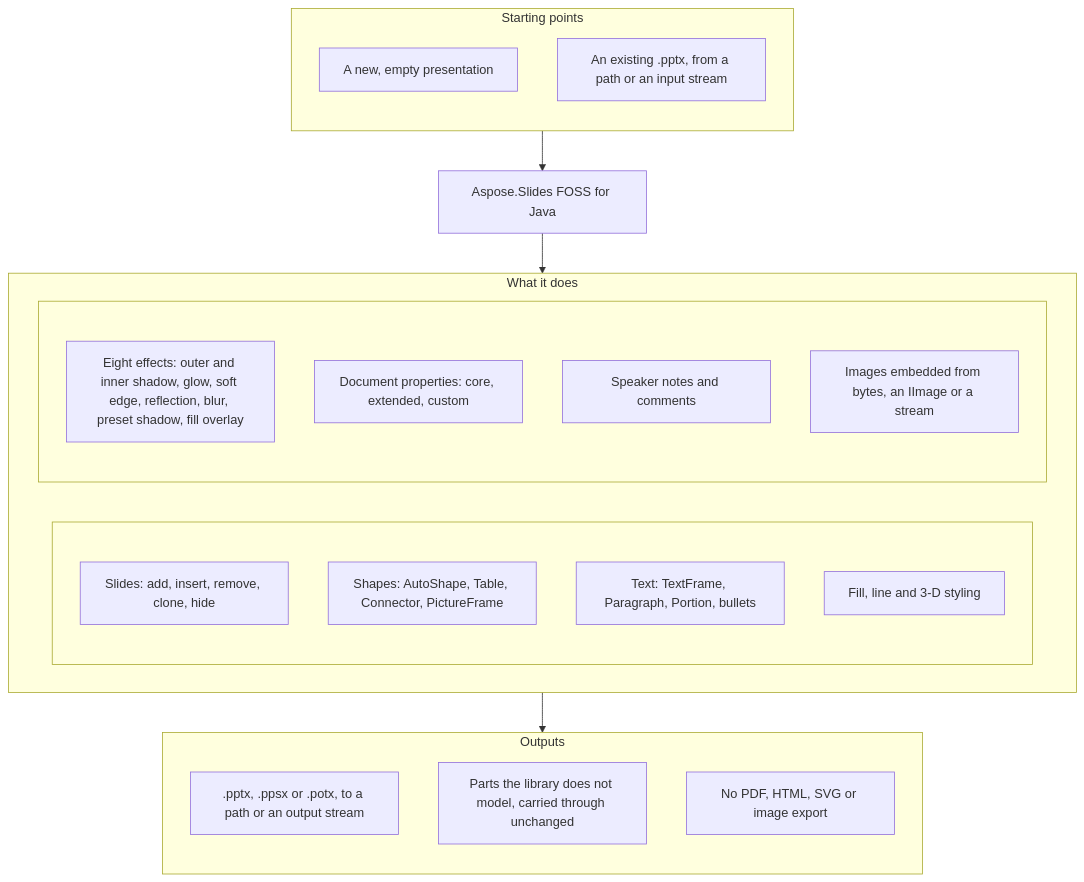
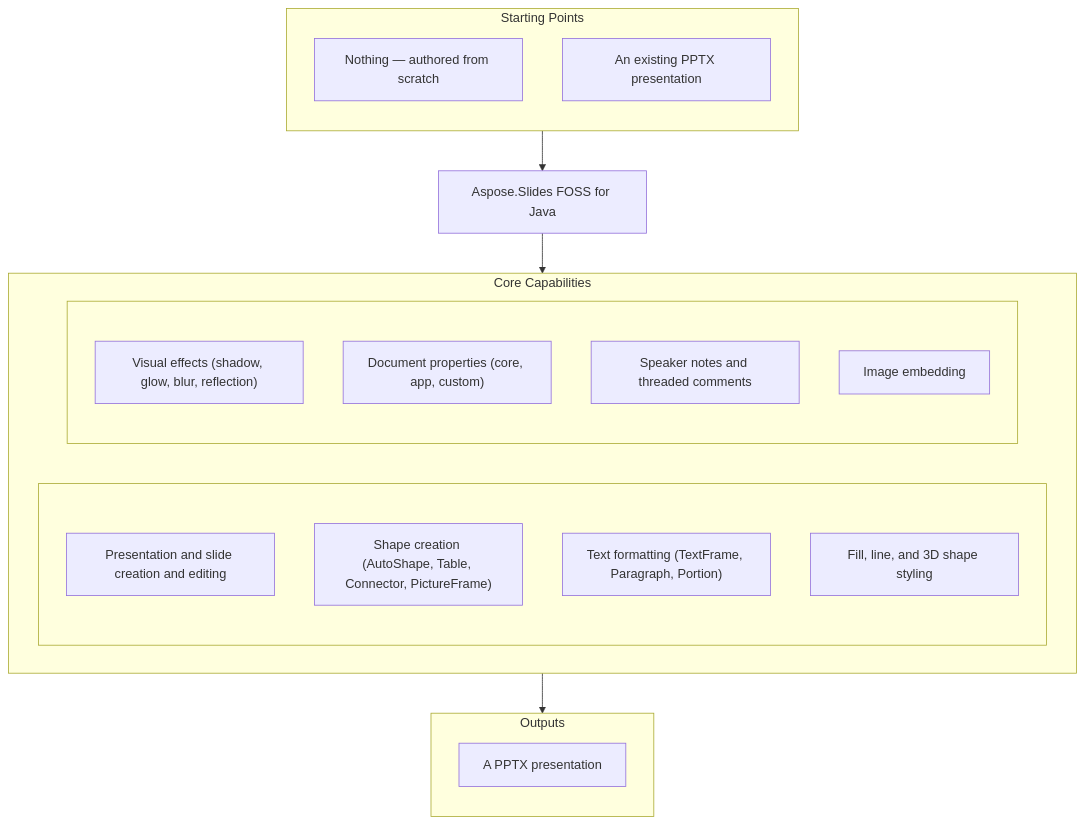
The diagram in README.md (aspose-slides-foss/Aspose.Slides-FOSS-for-Java), drawn with Mermaid before and after one commit. The commit also changed other lines of this file, not shown here.

````diff
--- a/README.md
+++ b/README.md
@@ -20,33 +34,31 @@
 ```mermaid
 flowchart TD
-  subgraph StartingPoints["Starting points"]
+  subgraph StartingPoints["Starting Points"]
     direction TB
-    i1["A new, empty presentation"]
-    i2["An existing .pptx, from a path or an input stream"]
+    i1["Nothing — authored from scratch"]
+    i2["An existing PPTX presentation"]
   end
   PRODUCT["Aspose.Slides FOSS for Java"]
-  subgraph Capabilities["What it does"]
+  subgraph Capabilities["Core Capabilities"]
     direction LR
     subgraph capl[" "]
       direction TB
-      c1["Slides: add, insert, remove, clone, hide"]
-      c2["Shapes: AutoShape, Table, Connector, PictureFrame"]
-      c3["Text: TextFrame, Paragraph, Portion, bullets"]
-      c4["Fill, line and 3-D styling"]
+      c1["Presentation and slide creation and editing"]
+      c2["Shape creation (AutoShape, Table, Connector, PictureFrame)"]
+      c3["Text formatting (TextFrame, Paragraph, Portion)"]
+      c4["Fill, line, and 3D shape styling"]
     end
     subgraph capr[" "]
       direction TB
-      c5["Eight effects: outer and inner shadow, glow, soft edge, reflection, blur, preset shadow, fill overlay"]
-      c6["Document properties: core, extended, custom"]
-      c7["Speaker notes and comments"]
-      c8["Images embedded from bytes, an IImage or a stream"]
+      c5["Visual effects (shadow, glow, blur, reflection)"]
+      c6["Document properties (core, app, custom)"]
+      c7["Speaker notes and threaded comments"]
+      c8["Image embedding"]
     end
   end
   subgraph Outputs["Outputs"]
     direction TB
-    o1[".pptx, .ppsx or .potx, to a path or an output stream"]
-    o2["Parts the library does not model, carried through unchanged"]
-    o3["No PDF, HTML, SVG or image export"]
+    o1["A PPTX presentation"]
   end
   StartingPoints --> PRODUCT --> Capabilities --> Outputs
 ```
````
